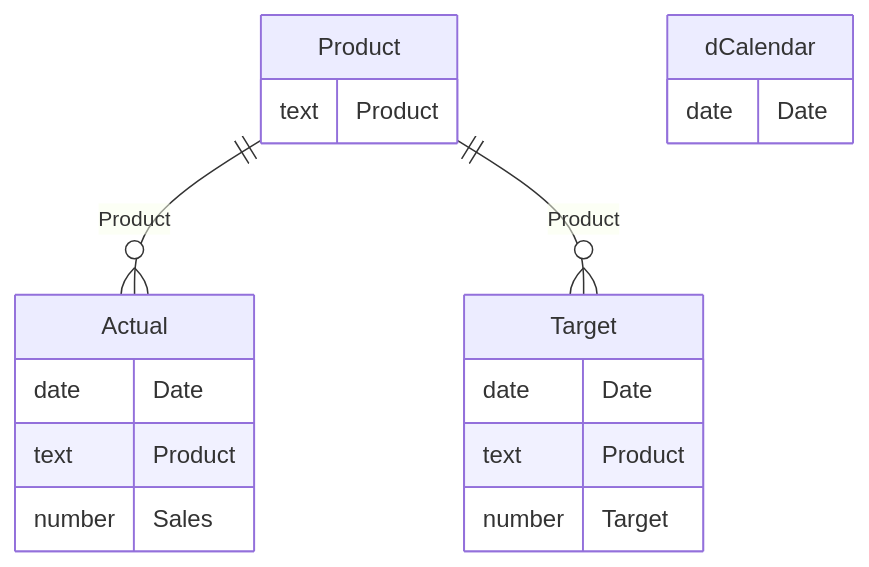
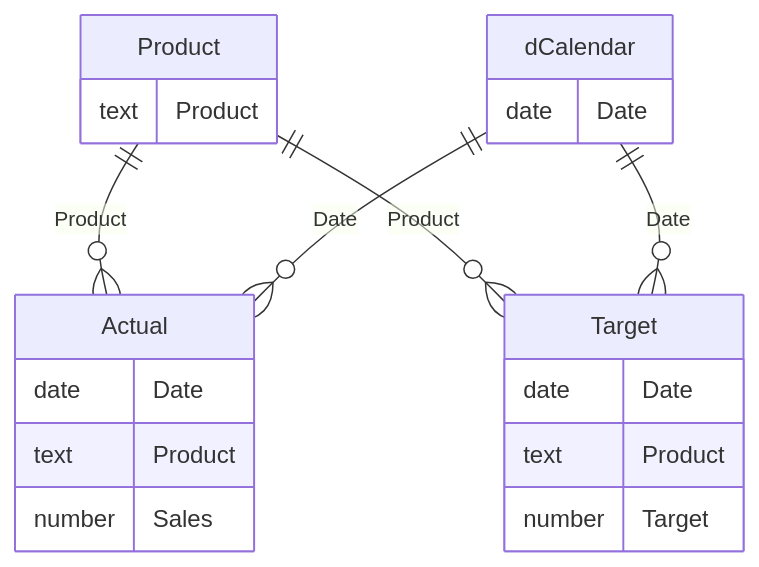
Before and after one commit to Dena-mohamad/budget-vs-actual-powerbi: the diagram in README.md, drawn with Mermaid. The commit also changed other lines of this file, not shown here.

First line of the commit message:
Update README: document dCalendar relationships

````diff
--- a/README.md
+++ b/README.md
@@ -54,21 +54,23 @@
 ```mermaid
 erDiagram
     Product ||--o{ Actual : "Product"
     Product ||--o{ Target : "Product"
+    dCalendar ||--o{ Actual : "Date"
+    dCalendar ||--o{ Target : "Date"
     Actual {
         date Date
         text Product
         number Sales
     }
     Target {
         date Date
         text Product
         number Target
     }
     Product {
         text Product
     }
     dCalendar {
         date Date
     }
 ```
````
